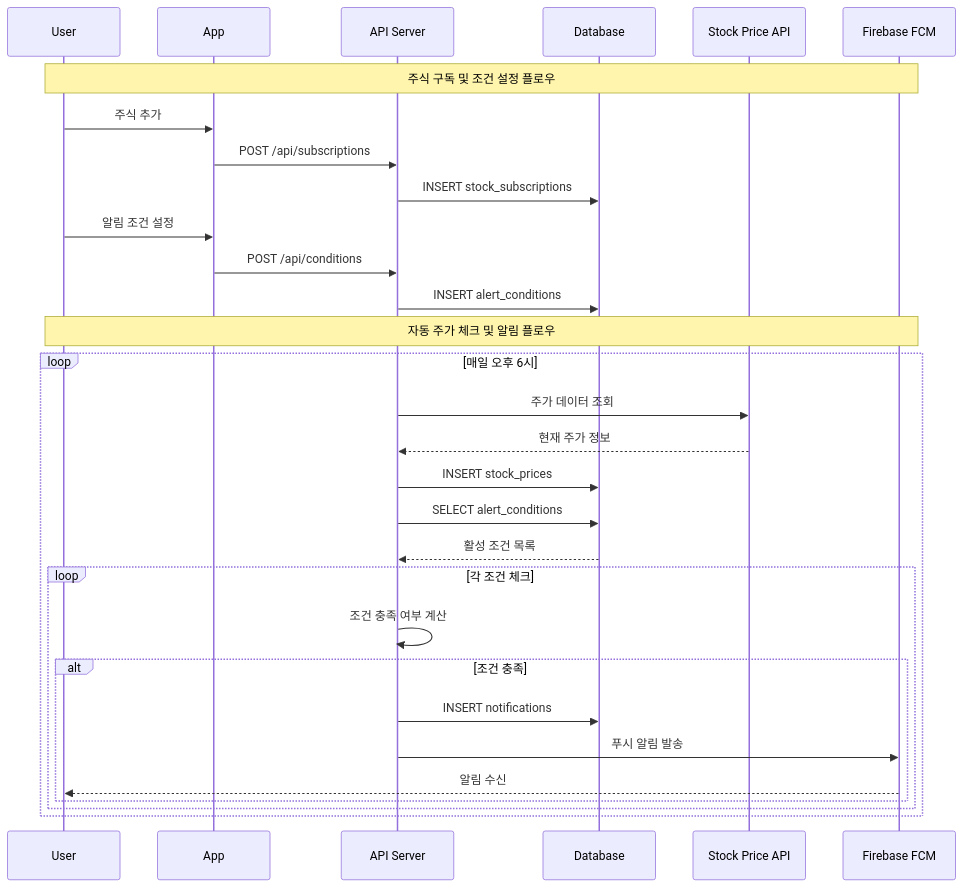
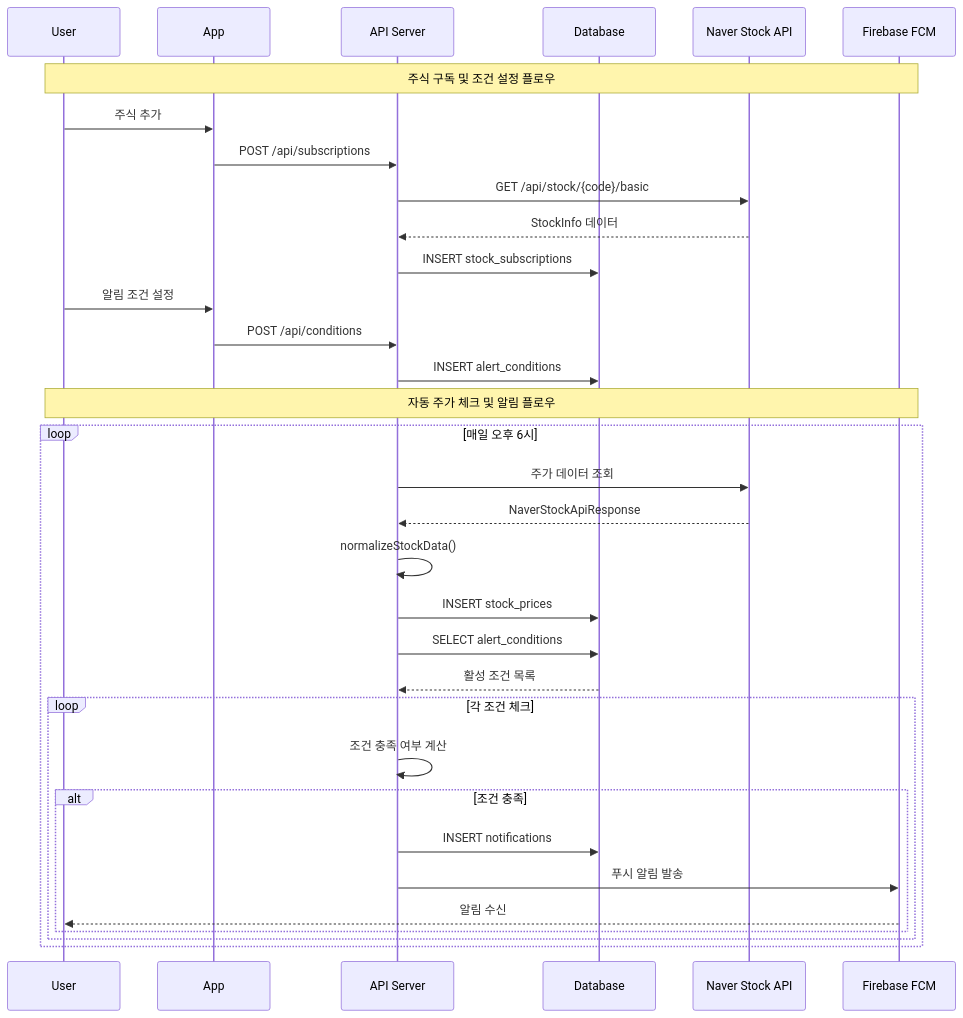
The third of 9 diagrams in docs/database-diagrams.md (wnltns/stock-alert), drawn with Mermaid before and after one commit. The commit also changed other lines of this file and 11 other files, not shown here.

Commit message:
db모델링, api 목업 데이터 수정

````diff
--- a/docs/database-diagrams.md
+++ b/docs/database-diagrams.md
@@ -148,40 +148,43 @@
 ```mermaid
 sequenceDiagram
     participant U as User
     participant A as App
     participant API as API Server
     participant DB as Database
-    participant SP as Stock Price API
+    participant SP as Naver Stock API
     participant FCM as Firebase FCM
     
     Note over U,FCM: 주식 구독 및 조건 설정 플로우
     
     U->>A: 주식 추가
     A->>API: POST /api/subscriptions
+    API->>SP: GET /api/stock/{code}/basic
+    SP-->>API: StockInfo 데이터
     API->>DB: INSERT stock_subscriptions
     
     U->>A: 알림 조건 설정
     A->>API: POST /api/conditions
     API->>DB: INSERT alert_conditions
     
     Note over U,FCM: 자동 주가 체크 및 알림 플로우
     
     loop 매일 오후 6시
         API->>SP: 주가 데이터 조회
-        SP-->>API: 현재 주가 정보
+        SP-->>API: NaverStockApiResponse
+        API->>API: normalizeStockData()
         API->>DB: INSERT stock_prices
         
         API->>DB: SELECT alert_conditions
         DB-->>API: 활성 조건 목록
         
         loop 각 조건 체크
             API->>API: 조건 충족 여부 계산
             
             alt 조건 충족
                 API->>DB: INSERT notifications
                 API->>FCM: 푸시 알림 발송
                 FCM-->>U: 알림 수신
             end
         end
     end
 ```
````
